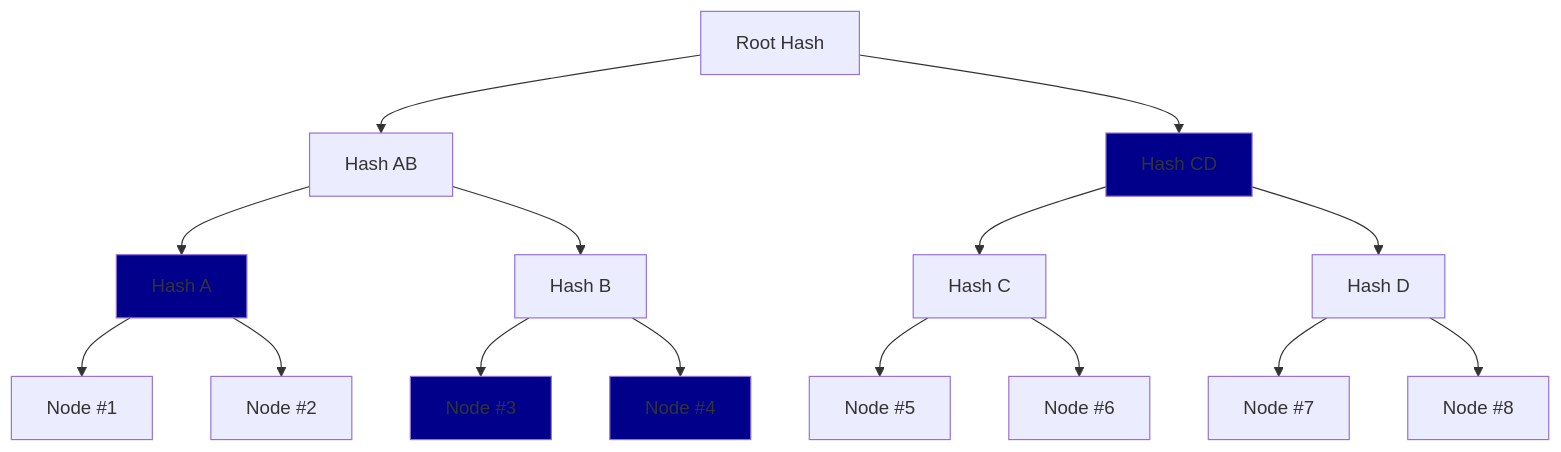
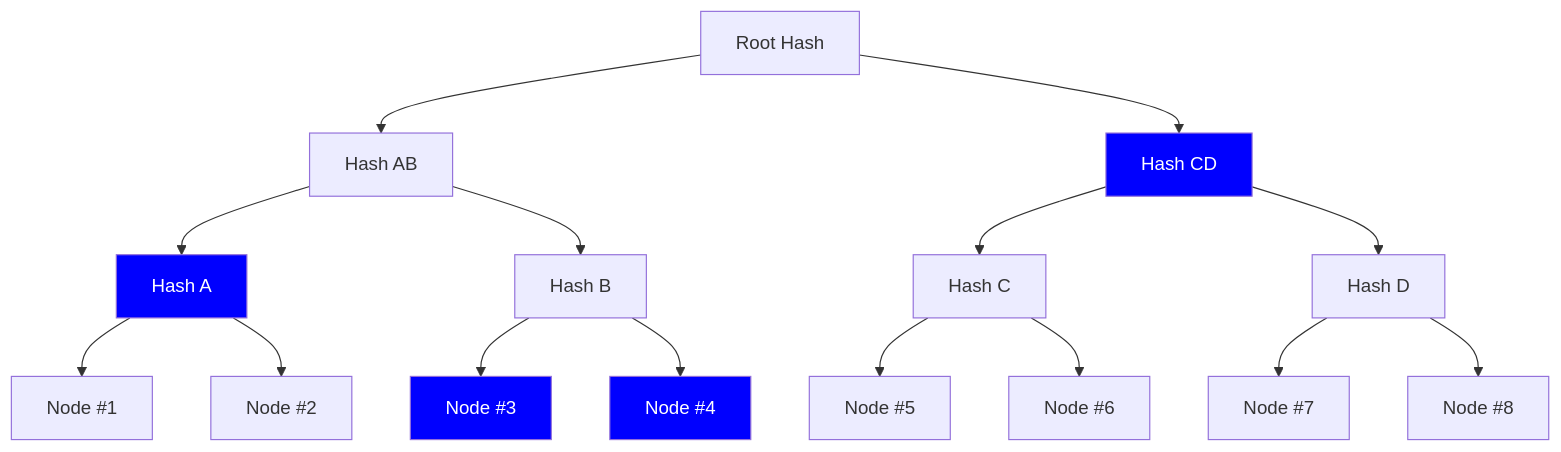
One commit to stackup-wallet/keystore changed the first of 3 diagrams in doc/spec.md. Above: the diagram before and after it, drawn with Mermaid.

Commit message:
fix: graph style

````diff
--- a/doc/spec.md
+++ b/doc/spec.md
@@ -40,28 +40,28 @@
 ```mermaid
 graph TD
     RootHash[Root Hash] --> HashAB[Hash AB]
     RootHash --> HashCD[Hash CD]
 
     HashAB --> HashA[Hash A]
     HashAB --> HashB[Hash B]
 
     HashCD --> HashC[Hash C]
     HashCD --> HashD[Hash D]
 
     HashA --> Config1[Node #1]
     HashA --> Config2[Node #2]
 
     HashB --> Config3[Node #3]
     HashB --> Config4[Node #4]
 
     HashC --> Config5[Node #5]
     HashC --> Config6[Node #6]
 
     HashD --> Config7[Node #7]
     HashD --> Config8[Node #8]
 
-    style Config3 fill:darkblue
-    style Config4 fill:darkblue
-    style HashA fill:darkblue
-    style HashCD fill:darkblue
+    style Config3 fill:blue,color:white
+    style Config4 fill:blue,color:white
+    style HashA fill:blue,color:white
+    style HashCD fill:blue,color:white
 ```
````
